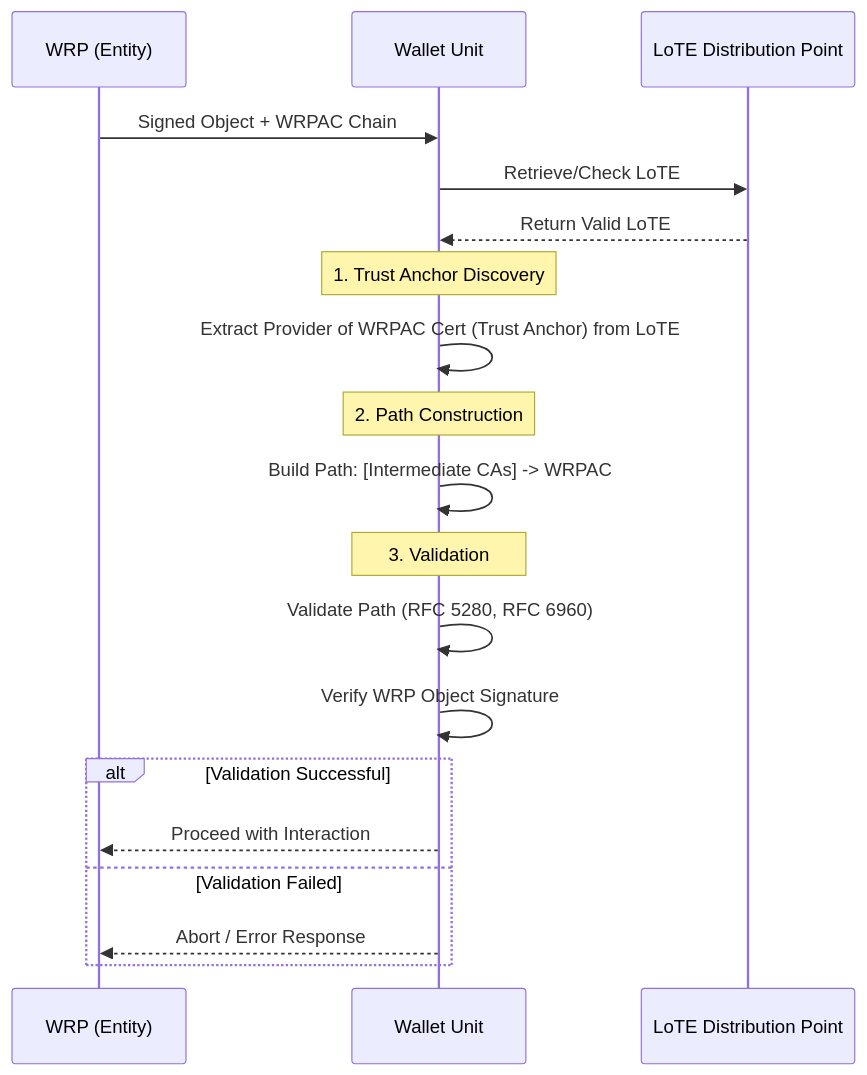
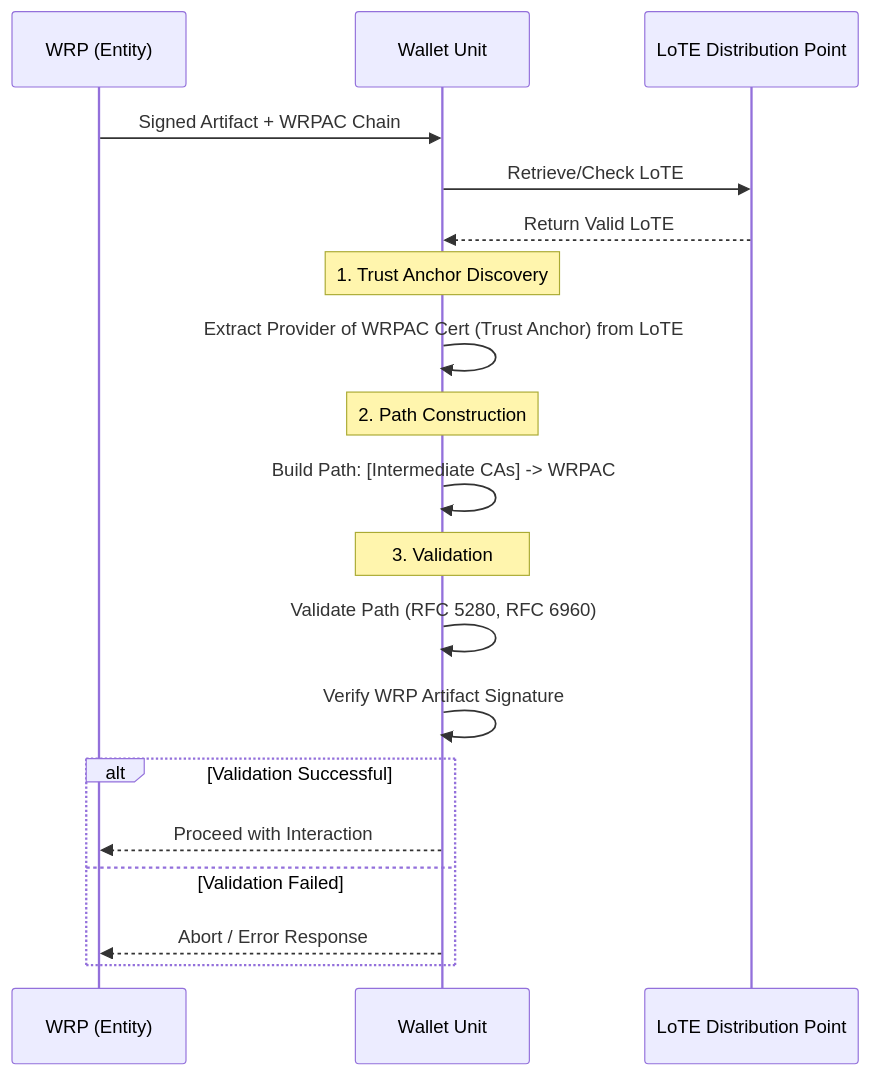
One commit to APTITUDE-Consortium/wp2-trust-specifications changed the first of 4 diagrams in topics/authentication-process.md. Above: the diagram before and after it, drawn with Mermaid. The commit also changed other lines of this file, not shown here.

Commit message:
fix: authN-process-title+editorials

````diff
--- a/topics/authentication-process.md
+++ b/topics/authentication-process.md
@@ -5,26 +5,26 @@
 ```mermaid
 sequenceDiagram
     participant WRP as WRP (Entity)
     participant Wallet as Wallet Unit
     participant LoTE as LoTE Distribution Point
 
-    WRP->>Wallet: Signed Object + WRPAC Chain
+    WRP->>Wallet: Signed Artifact + WRPAC Chain
     Wallet->>LoTE: Retrieve/Check LoTE
     LoTE-->>Wallet: Return Valid LoTE
     
     Note over Wallet: 1. Trust Anchor Discovery
     Wallet->>Wallet: Extract Provider of WRPAC Cert (Trust Anchor) from LoTE
     
     Note over Wallet: 2. Path Construction
     Wallet->>Wallet: Build Path: [Intermediate CAs] -> WRPAC
     
     Note over Wallet: 3. Validation
     Wallet->>Wallet: Validate Path (RFC 5280, RFC 6960)
-    Wallet->>Wallet: Verify WRP Object Signature
+    Wallet->>Wallet: Verify WRP Artifact Signature
     
     alt Validation Successful
         Wallet-->>WRP: Proceed with Interaction
     else Validation Failed
         Wallet-->>WRP: Abort / Error Response
     end
 ```
````
